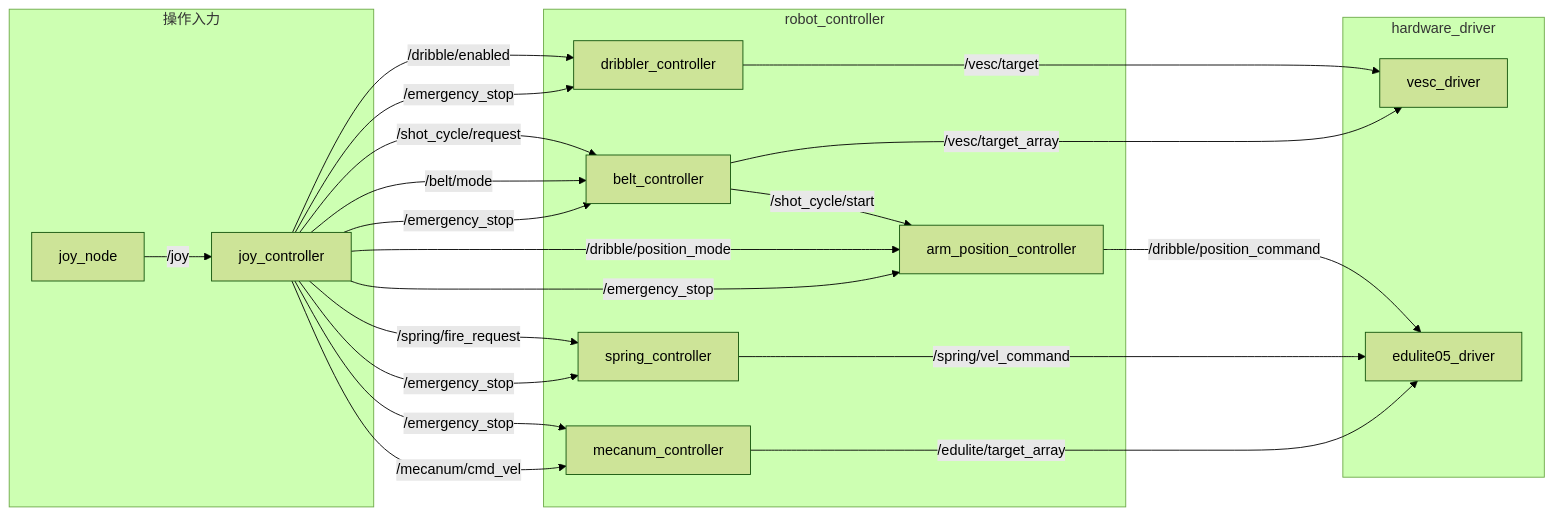
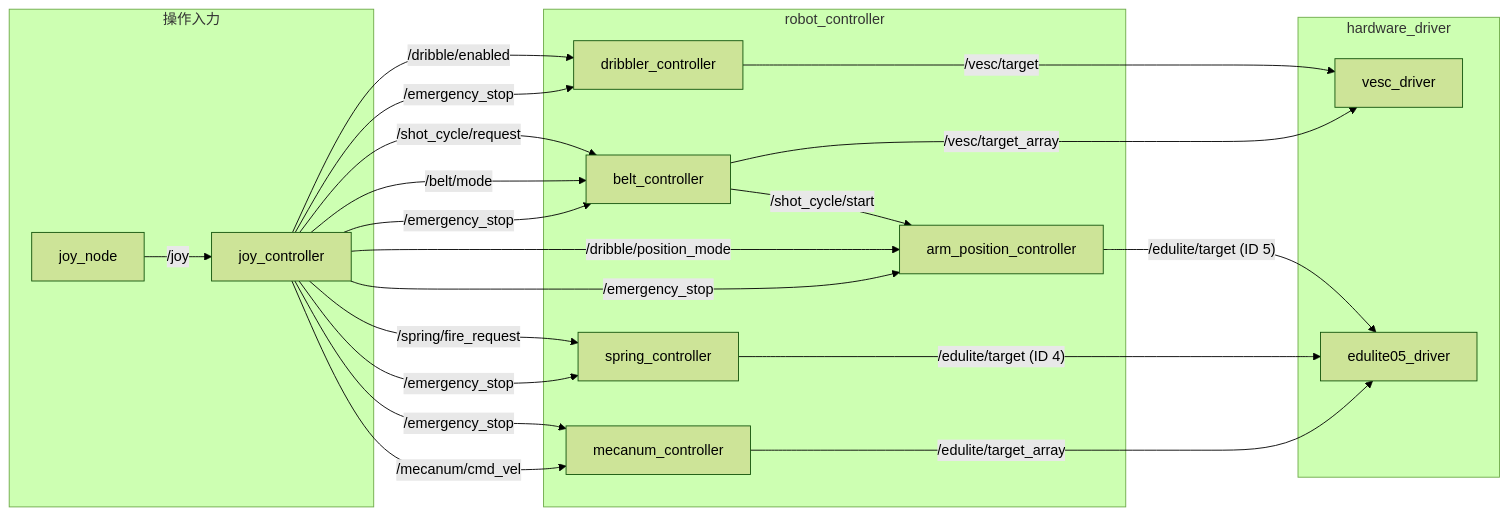
The diagram in ros2_ws/src/robot_controller/README.md (rodep-soft/rox2026), drawn with Mermaid (forest theme) before and after one commit. The commit also changed 12 other files, not shown here.

````diff
--- a/ros2_ws/src/robot_controller/README.md
+++ b/ros2_ws/src/robot_controller/README.md
@@ -22,41 +22,41 @@
 ```mermaid
 flowchart LR
   subgraph input["操作入力"]
     joy["joy_node"]
     joy_controller["joy_controller"]
     joy -->|"/joy"| joy_controller
   end
 
   subgraph controllers["robot_controller"]
     mecanum["mecanum_controller"]
     spring["spring_controller"]
     belt["belt_controller"]
     dribbler["dribbler_controller"]
     arm["arm_position_controller"]
   end
 
   subgraph drivers["hardware_driver"]
     vesc["vesc_driver"]
     edulite["edulite05_driver"]
   end
 
   joy_controller -->|"/mecanum/cmd_vel"| mecanum
   joy_controller -->|"/emergency_stop"| mecanum
   joy_controller -->|"/emergency_stop"| spring
   joy_controller -->|"/emergency_stop"| belt
   joy_controller -->|"/emergency_stop"| dribbler
   joy_controller -->|"/emergency_stop"| arm
 
   joy_controller -->|"/belt/mode"| belt
   joy_controller -->|"/dribble/enabled"| dribbler
   joy_controller -->|"/dribble/position_mode"| arm
   joy_controller -->|"/spring/fire_request"| spring
   joy_controller -->|"/shot_cycle/request"| belt
   belt -->|"/shot_cycle/start"| arm
 
   belt -->|"/vesc/target_array"| vesc
   dribbler -->|"/vesc/target"| vesc
   mecanum -->|"/edulite/target_array"| edulite
-  spring -->|"/spring/vel_command"| edulite
-  arm -->|"/dribble/position_command"| edulite
+  spring -->|"/edulite/target (ID 4)"| edulite
+  arm -->|"/edulite/target (ID 5)"| edulite
 ```
````
